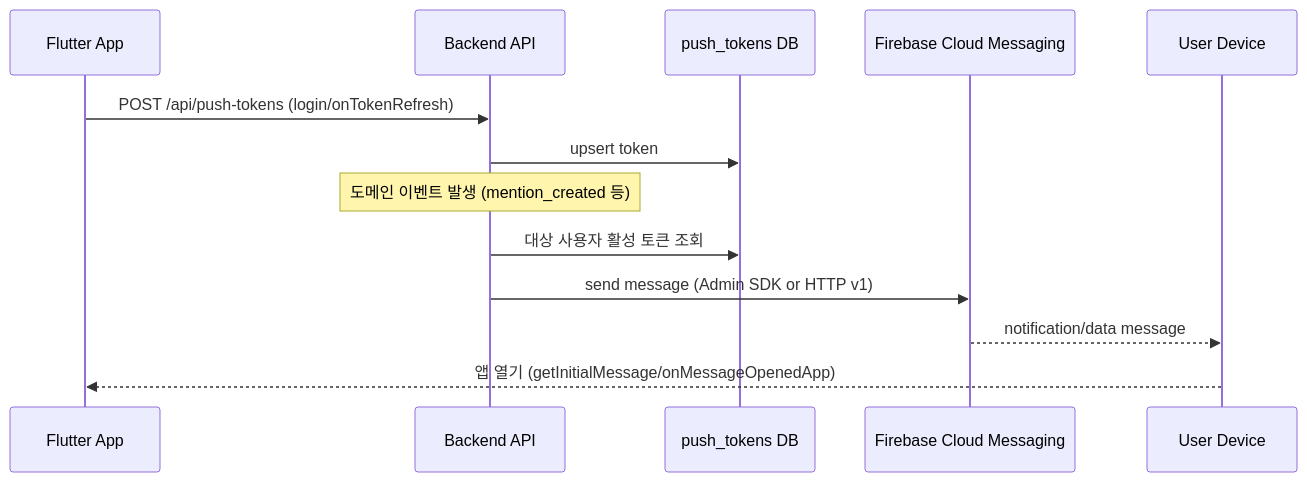
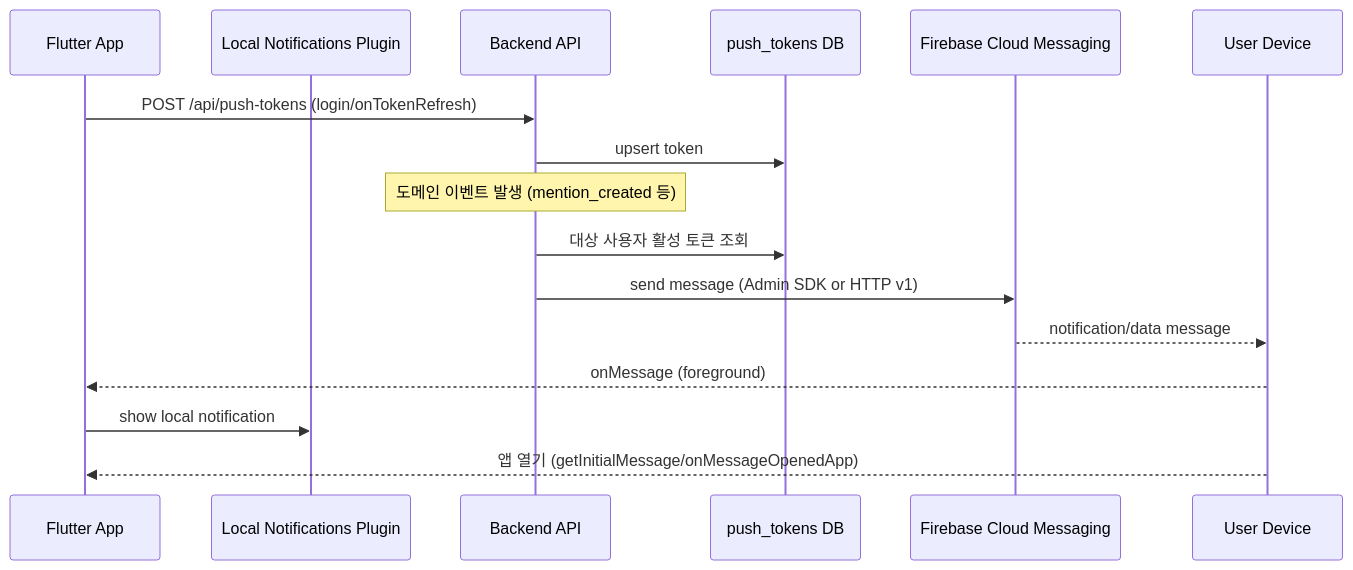
One commit to cheng80/syncflow changed the first of 2 diagrams in docs/NEW-FCM구현 및 설정가이드/04_FCM_푸시_시스템_다이어그램.md. Above: the diagram before and after it, drawn with Mermaid. The commit also changed other lines of this file and 35 other files, not shown here.

````diff
--- a/docs/NEW-FCM구현 및 설정가이드/04_FCM_푸시_시스템_다이어그램.md
+++ b/docs/NEW-FCM구현 및 설정가이드/04_FCM_푸시_시스템_다이어그램.md
@@ -14,16 +14,19 @@
 ```mermaid
 sequenceDiagram
   participant APP as Flutter App
+  participant LNP as Local Notifications Plugin
   participant API as Backend API
   participant DB as push_tokens DB
   participant FCM as Firebase Cloud Messaging
   participant DEV as User Device
 
   APP->>API: POST /api/push-tokens (login/onTokenRefresh)
   API->>DB: upsert token
   Note over API: 도메인 이벤트 발생 (mention_created 등)
   API->>DB: 대상 사용자 활성 토큰 조회
   API->>FCM: send message (Admin SDK or HTTP v1)
   FCM-->>DEV: notification/data message
+  DEV-->>APP: onMessage (foreground)
+  APP->>LNP: show local notification
   DEV-->>APP: 앱 열기 (getInitialMessage/onMessageOpenedApp)
 ```
````
